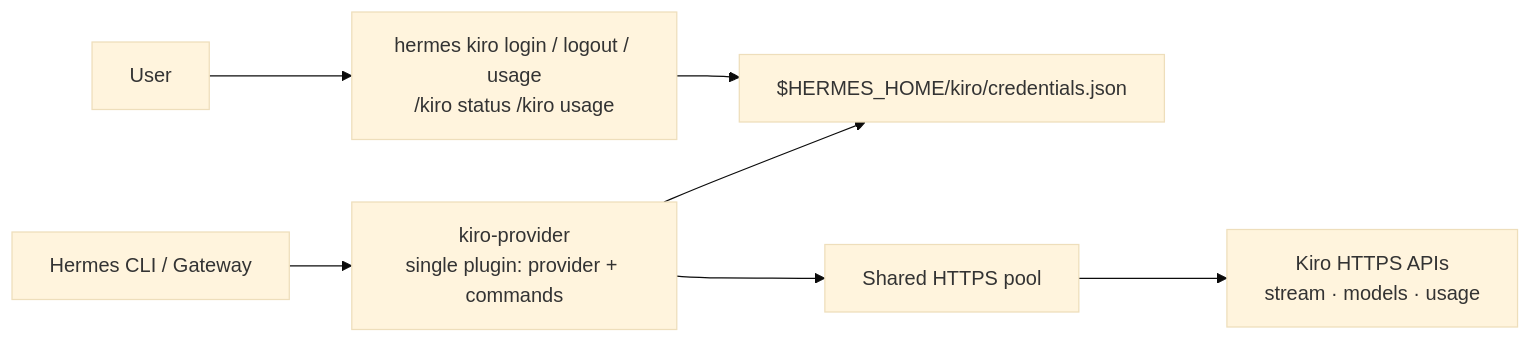
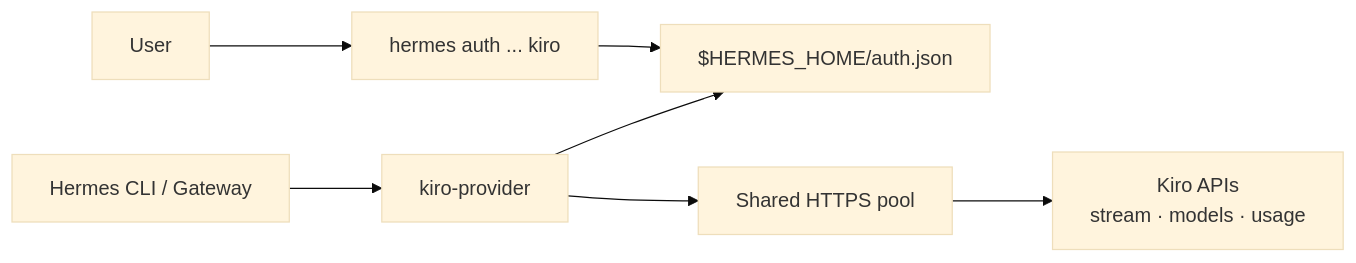
One commit to anpicasso/hermes-kiro-provider changed the diagram in README.md. Above: the diagram before and after it, drawn with Mermaid (base theme). The commit also changed other lines of this file and 8 other files, not shown here.

Commit message:
feat: integrate Kiro with native provider hooks

````diff
--- a/README.md
+++ b/README.md
@@ -14,9 +14,9 @@
 ```mermaid
 flowchart LR
-    U[User] --> K[hermes kiro login / logout / usage\n/kiro status /kiro usage]
-    K --> S[$HERMES_HOME/kiro/credentials.json]
-    H[Hermes CLI / Gateway] --> P[kiro-provider\nsingle plugin: provider + commands]
+    U[User] --> A[hermes auth ... kiro]
+    A --> S[$HERMES_HOME/auth.json]
+    H[Hermes CLI / Gateway] --> P[kiro-provider]
     P --> S
     P --> T[Shared HTTPS pool]
-    T --> Kiro[Kiro HTTPS APIs\nstream · models · usage]
+    T --> K[Kiro APIs\nstream · models · usage]
 ```
````
